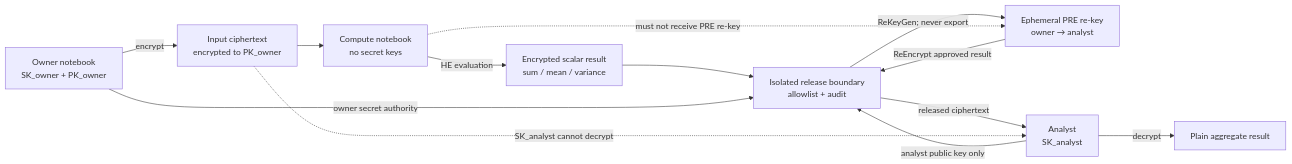
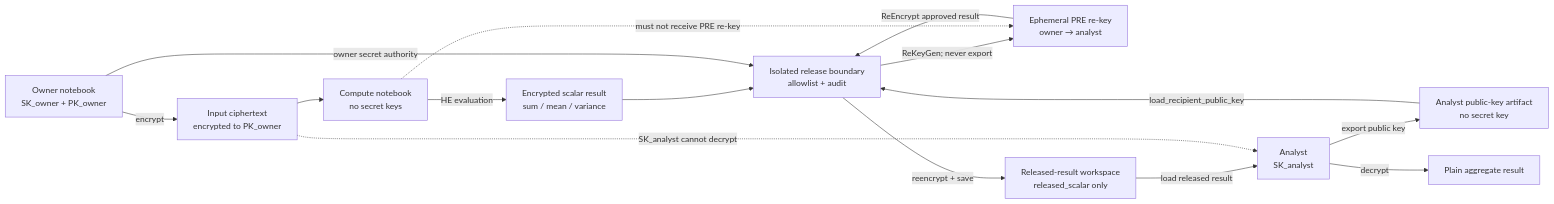
One commit to Nhatcao1/k3s-demo-app changed the diagram in docs/he-sdk-result-only-pre.mmd. Above: the diagram before and after it, drawn with Mermaid. The commit also changed 15 other files, not shown here.

```diff
--- a/docs/he-sdk-result-only-pre.mmd
+++ b/docs/he-sdk-result-only-pre.mmd
@@ -1,23 +1,27 @@
 flowchart LR
     O["Owner notebook<br/>SK_owner + PK_owner"]
     I["Input ciphertext<br/>encrypted to PK_owner"]
     C["Compute notebook<br/>no secret keys"]
     R["Encrypted scalar result<br/>sum / mean / variance"]
     G["Isolated release boundary<br/>allowlist + audit"]
+    APK["Analyst public-key artifact<br/>no secret key"]
     RK["Ephemeral PRE re-key<br/>owner → analyst"]
+    RW["Released-result workspace<br/>released_scalar only"]
     A["Analyst<br/>SK_analyst"]
     P["Plain aggregate result"]
 
     O -->|encrypt| I
     I --> C
     C -->|HE evaluation| R
     R --> G
     O -->|owner secret authority| G
-    A -->|analyst public key only| G
+    A -->|export public key| APK
+    APK -->|load_recipient_public_key| G
     G -->|ReKeyGen; never export| RK
     RK -->|ReEncrypt approved result| G
-    G -->|released ciphertext| A
+    G -->|reencrypt + save| RW
+    RW -->|load released result| A
     A -->|decrypt| P
 
     I -. "SK_analyst cannot decrypt" .-> A
     C -. "must not receive PRE re-key" .-> RK
```
